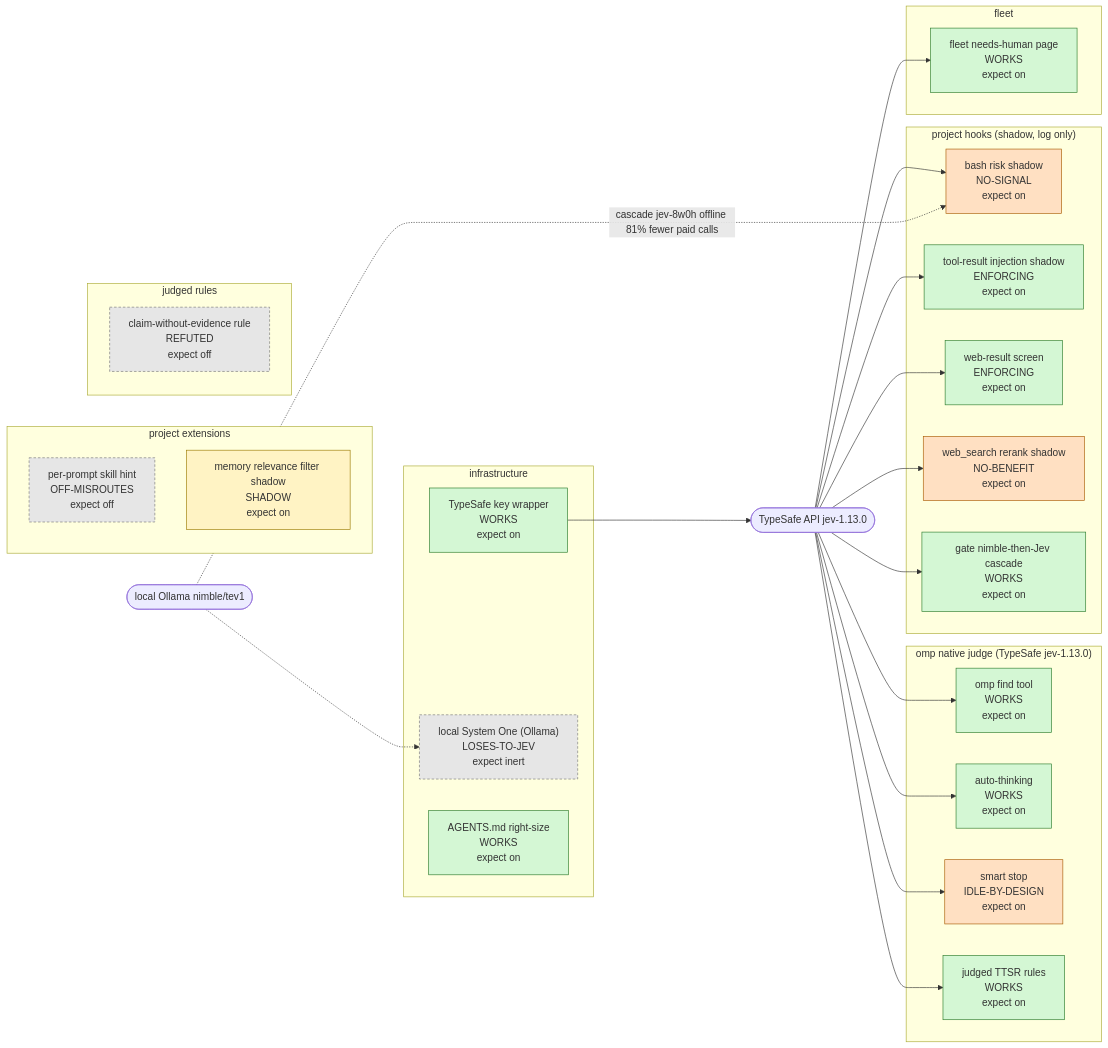
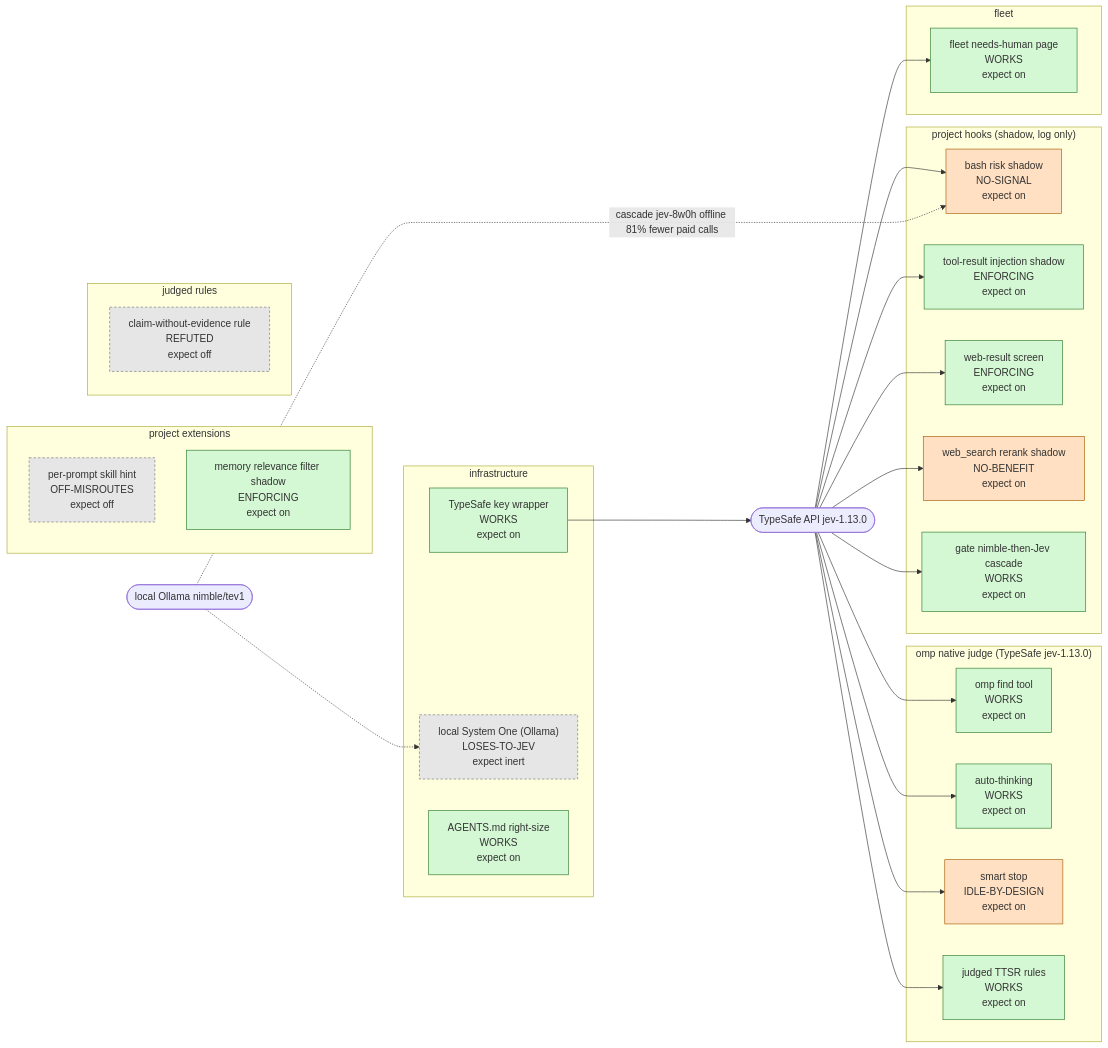
One commit to JYeswak/jev_playground changed the diagram in work/jev-inventory/goldens/inventory-structure.mmd. Above: the diagram before and after it, drawn with Mermaid. The commit also changed 1 other file, not shown here.

Commit message:
data(jev-inventory): memory filter ENFORCING (removal on via switch file; verified 5fc68a4e) [test]

```diff
--- a/work/jev-inventory/goldens/inventory-structure.mmd
+++ b/work/jev-inventory/goldens/inventory-structure.mmd
@@ -1,52 +1,51 @@
 flowchart LR
   JEV(["TypeSafe API jev-1.13.0"])
   LOCAL(["local Ollama nimble/tev1"])
   subgraph native["omp native judge (TypeSafe jev-1.13.0)"]
     find["omp find tool<br/>WORKS<br/>expect on"]
     auto_thinking["auto-thinking<br/>WORKS<br/>expect on"]
     smart_stop["smart stop<br/>IDLE-BY-DESIGN<br/>expect on"]
     ttsr_judged["judged TTSR rules<br/>WORKS<br/>expect on"]
   end
   subgraph hook["project hooks (shadow, log only)"]
     gate_observe["bash risk shadow<br/>NO-SIGNAL<br/>expect on"]
     injection_shadow["tool-result injection shadow<br/>ENFORCING<br/>expect on"]
     webscreen["web-result screen<br/>ENFORCING<br/>expect on"]
     websearch_rerank["web_search rerank shadow<br/>NO-BENEFIT<br/>expect on"]
     gate_cascade["gate nimble-then-Jev cascade<br/>WORKS<br/>expect on"]
   end
   subgraph extension["project extensions"]
     skill_hint["per-prompt skill hint<br/>OFF-MISROUTES<br/>expect off"]
-    memory_filter["memory relevance filter shadow<br/>SHADOW<br/>expect on"]
+    memory_filter["memory relevance filter shadow<br/>ENFORCING<br/>expect on"]
   end
   subgraph rule["judged rules"]
     claim_rule["claim-without-evidence rule<br/>REFUTED<br/>expect off"]
   end
   subgraph fleet["fleet"]
     needs_human["fleet needs-human page<br/>WORKS<br/>expect on"]
   end
   subgraph infra["infrastructure"]
     key_wrapper["TypeSafe key wrapper<br/>WORKS<br/>expect on"]
     local_sys1["local System One (Ollama)<br/>LOSES-TO-JEV<br/>expect inert"]
     agents_trim["AGENTS.md right-size<br/>WORKS<br/>expect on"]
   end
   JEV --> find
   JEV --> auto_thinking
   JEV --> smart_stop
   JEV --> ttsr_judged
   JEV --> gate_observe
   JEV --> injection_shadow
   JEV --> webscreen
   JEV --> websearch_rerank
   JEV --> needs_human
   LOCAL -.-> local_sys1
   JEV --> gate_cascade
   LOCAL -. cascade jev-8w0h offline 81% fewer paid calls .-> gate_observe
   key_wrapper --> JEV
   classDef works fill:#d4f7d4,stroke:#2a7a2a
   classDef unproven fill:#fff3c4,stroke:#9a7a00
   classDef nobenefit fill:#ffe0c2,stroke:#a85a00
   classDef off fill:#e6e6e6,stroke:#777,stroke-dasharray:4 3
   class smart_stop,gate_observe,websearch_rerank nobenefit
   class skill_hint,claim_rule,local_sys1 off
-  class memory_filter unproven
-  class find,auto_thinking,ttsr_judged,injection_shadow,webscreen,needs_human,key_wrapper,agents_trim,gate_cascade works
+  class find,auto_thinking,ttsr_judged,injection_shadow,webscreen,needs_human,key_wrapper,agents_trim,memory_filter,gate_cascade works
```
